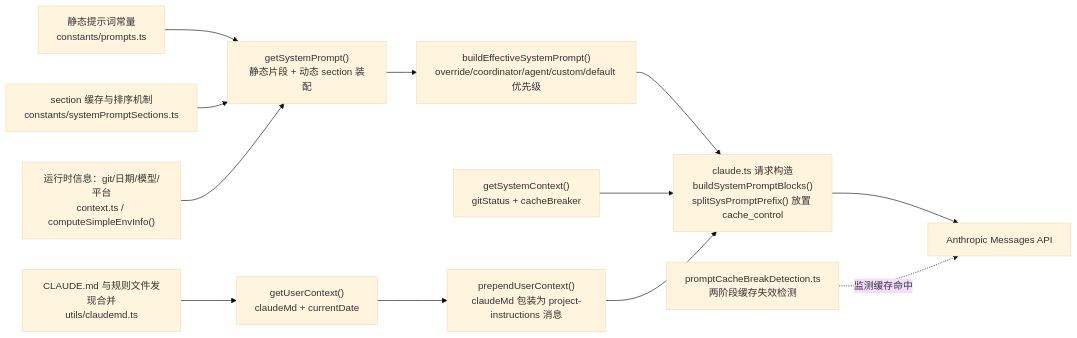
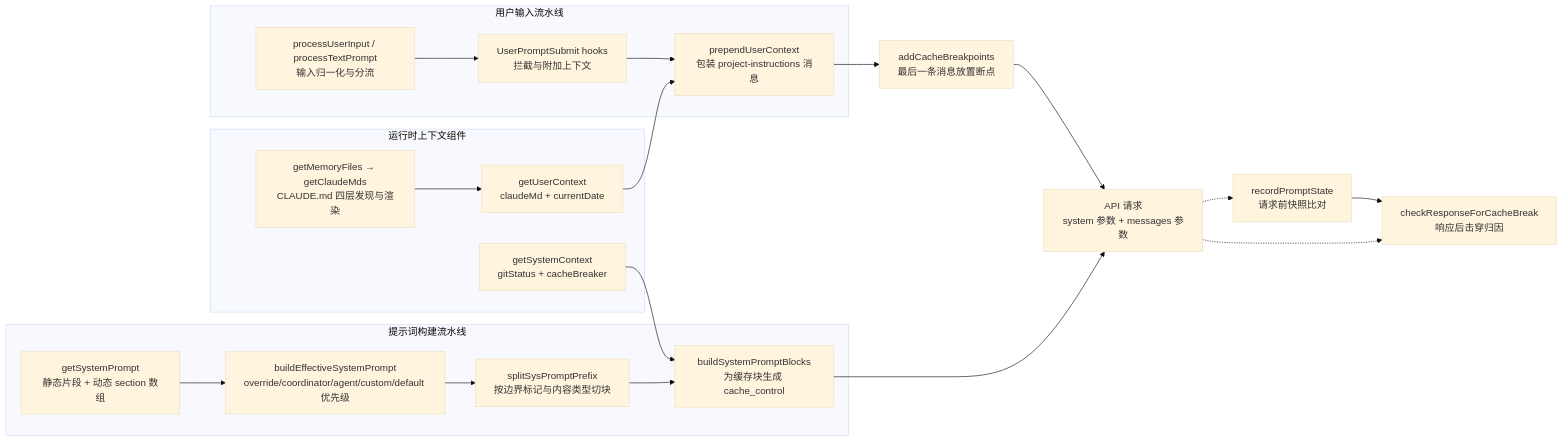
The first of 5 diagrams in agent/learn-cc/prompt.md (c926694/obsidian_note), drawn with Mermaid (base theme) before and after one commit. The commit also changed other lines of this file and 6 other files, not shown here.

````diff
--- a/agent/learn-cc/prompt.md
+++ b/agent/learn-cc/prompt.md
@@ -7,14 +16,30 @@
 ```mermaid
 flowchart LR
-    A["静态提示词常量<br/>constants/prompts.ts"] --> G["getSystemPrompt()<br/>静态片段 + 动态 section 装配"]
-    D["section 缓存与排序机制<br/>constants/systemPromptSections.ts"] --> G
-    B["运行时信息：git/日期/模型/平台<br/>context.ts / computeSimpleEnvInfo()"] --> G
-    C["CLAUDE.md 与规则文件发现合并<br/>utils/claudemd.ts"] --> U["getUserContext()<br/>claudeMd + currentDate"]
-    G --> E["buildEffectiveSystemPrompt()<br/>override/coordinator/agent/custom/default 优先级"]
-    E --> F["claude.ts 请求构造<br/>buildSystemPromptBlocks()<br/>splitSysPromptPrefix() 放置 cache_control"]
-    S["getSystemContext()<br/>gitStatus + cacheBreaker"] --> F
-    U --> H["prependUserContext()<br/>claudeMd 包装为 project-instructions 消息"]
-    H --> F
-    F --> API["Anthropic Messages API"]
-    P["promptCacheBreakDetection.ts<br/>两阶段缓存失效检测"] -.监测缓存命中.-> API
+    subgraph A["提示词构建流水线"]
+        G["getSystemPrompt<br/>静态片段 + 动态 section 数组"]
+        E["buildEffectiveSystemPrompt<br/>override/coordinator/agent/custom/default 优先级"]
+        SP["splitSysPromptPrefix<br/>按边界标记与内容类型切块"]
+        BB["buildSystemPromptBlocks<br/>为缓存块生成 cache_control"]
+        G --> E --> SP --> BB
+    end
+    subgraph B["运行时上下文组件"]
+        U["getUserContext<br/>claudeMd + currentDate"]
+        SC["getSystemContext<br/>gitStatus + cacheBreaker"]
+        MD["getMemoryFiles → getClaudeMds<br/>CLAUDE.md 四层发现与渲染"]
+        MD --> U
+    end
+    subgraph C["用户输入流水线"]
+        PI["processUserInput / processTextPrompt<br/>输入归一化与分流"]
+        HK["UserPromptSubmit hooks<br/>拦截与附加上下文"]
+        PU["prependUserContext<br/>包装 project-instructions 消息"]
+        PI --> HK --> PU
+    end
+    U --> PU
+    SC --> BB
+    BB --> API["API 请求<br/>system 参数 + messages 参数"]
+    PU --> AK["addCacheBreakpoints<br/>最后一条消息放置断点"]
+    AK --> API
+    API -.-> D1["recordPromptState<br/>请求前快照比对"]
+    API -.-> D2["checkResponseForCacheBreak<br/>响应后击穿归因"]
+    D1 --> D2
 ```
````
